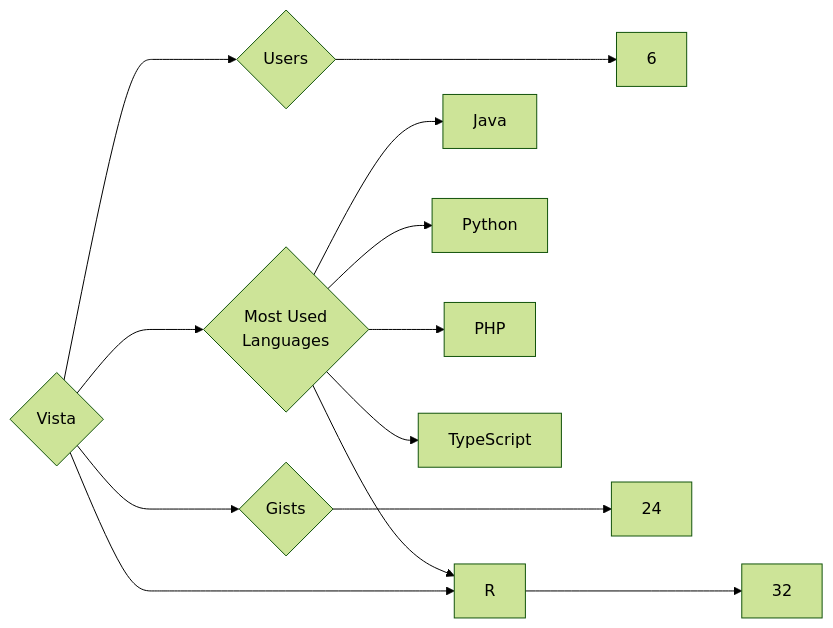
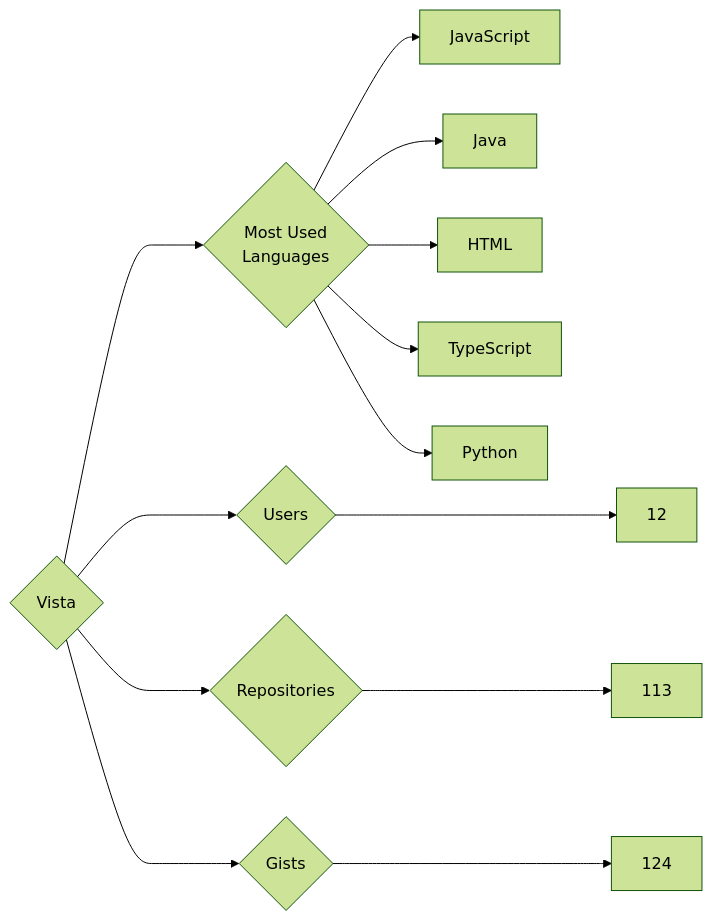
Before and after one commit to trickest/insiders: the diagram in targets/Vista/README.md, drawn with Mermaid (forest theme). The commit also changed 948 other files, not shown here.

````diff
--- a/targets/Vista/README.md
+++ b/targets/Vista/README.md
@@ -3,13 +3,13 @@
 ```mermaid
 graph LR
 COMPANY_NAME{Vista}
-COMPANY_NAME ---> U{Users} ---> UN[6]
-COMPANY_NAME ---> R{Repositories} ---> RN[32]
-COMPANY_NAME ---> G{Gists} ---> GN[24]
+COMPANY_NAME ---> U{Users} ---> UN[12]
+COMPANY_NAME ---> R{Repositories} ---> RN[113]
+COMPANY_NAME ---> G{Gists} ---> GN[124]
 COMPANY_NAME ---> ML{Most Used<br>Languages}
+ML --> JavaScript[JavaScript]
 ML --> Java[Java]
+ML --> HTML[HTML]
+ML --> TypeScript[TypeScript]
 ML --> Python[Python]
-ML --> PHP[PHP]
-ML --> TypeScript[TypeScript]
-ML --> R[R]
 ```
````
